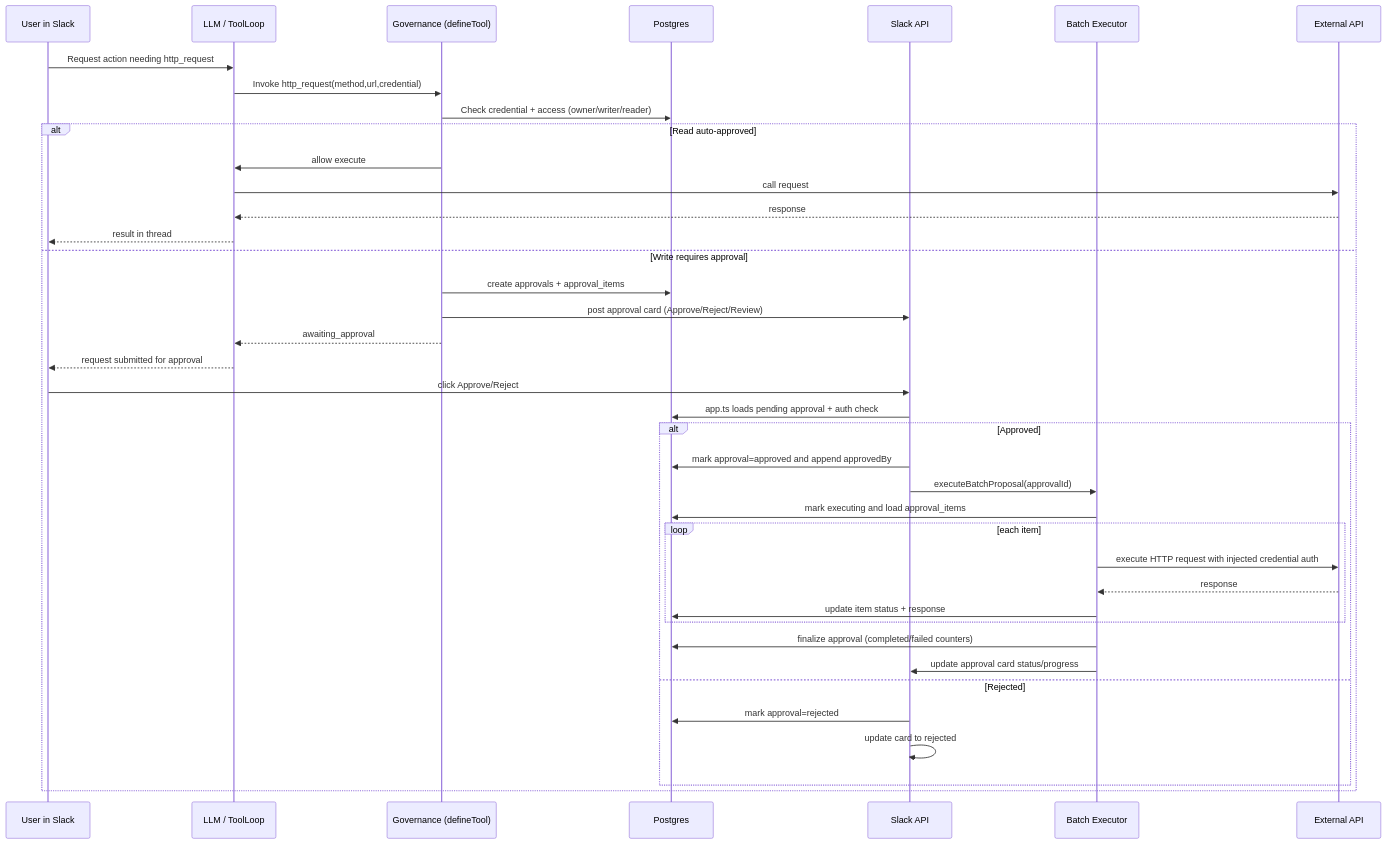
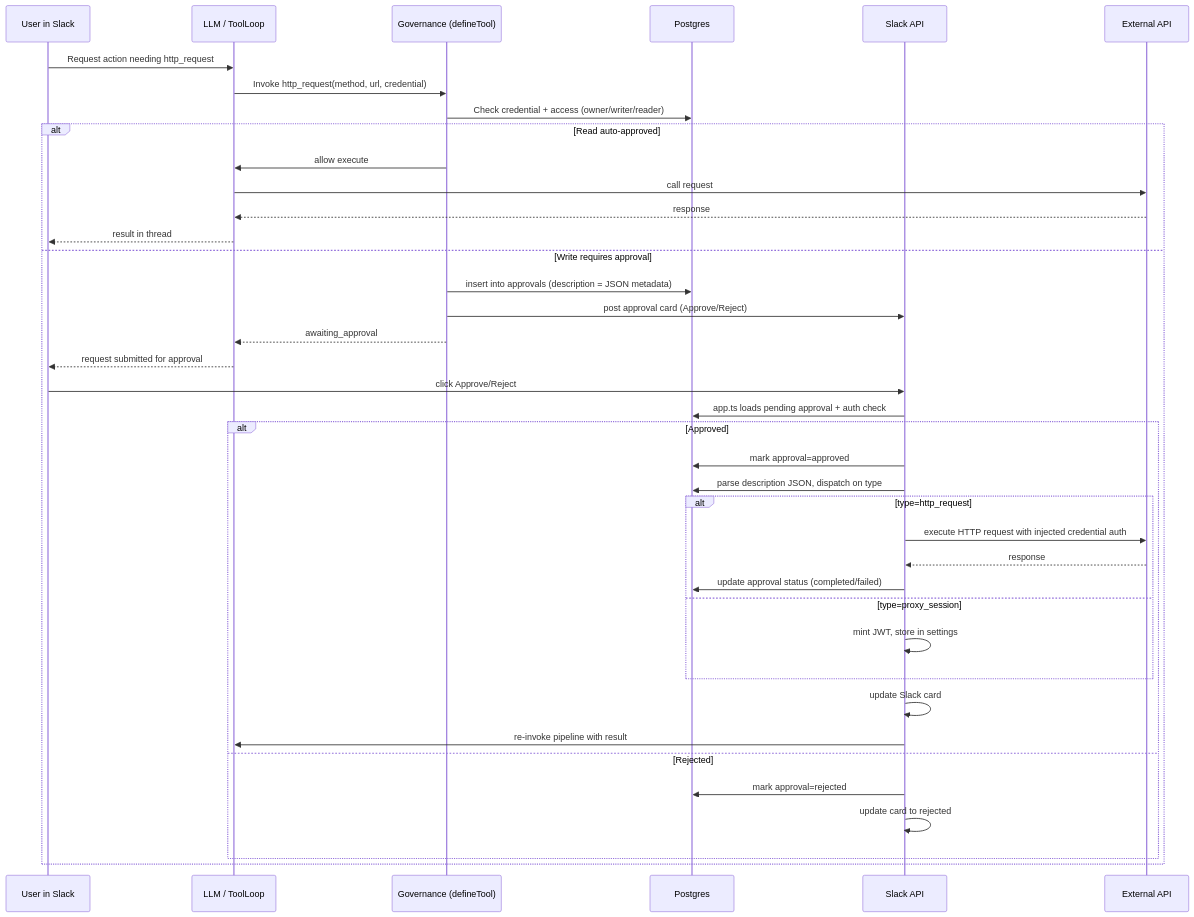
The diagram in HITL_IMPLEMENTATION.md (wieseljonas/nova), drawn with Mermaid before and after one commit. The commit also changed other lines of this file and 11 other files, not shown here.

First line of the commit message:
Implement credential proxy sessions for sandbox API access (#111)

````diff
--- a/HITL_IMPLEMENTATION.md
+++ b/HITL_IMPLEMENTATION.md
@@ -22,45 +26,45 @@
 ```mermaid
 sequenceDiagram
   participant U as User in Slack
   participant L as LLM / ToolLoop
   participant G as Governance (defineTool)
   participant DB as Postgres
   participant S as Slack API
-  participant E as Batch Executor
   participant API as External API
 
   U->>L: Request action needing http_request
-  L->>G: Invoke http_request(method,url,credential)
+  L->>G: Invoke http_request(method, url, credential)
   G->>DB: Check credential + access (owner/writer/reader)
 
   alt Read auto-approved
     G->>L: allow execute
     L->>API: call request
     API-->>L: response
     L-->>U: result in thread
   else Write requires approval
-    G->>DB: create approvals + approval_items
-    G->>S: post approval card (Approve/Reject/Review)
+    G->>DB: insert into approvals (description = JSON metadata)
+    G->>S: post approval card (Approve/Reject)
     G-->>L: awaiting_approval
     L-->>U: request submitted for approval
 
     U->>S: click Approve/Reject
     S->>DB: app.ts loads pending approval + auth check
 
     alt Approved
-      S->>DB: mark approval=approved and append approvedBy
-      S->>E: executeBatchProposal(approvalId)
-      E->>DB: mark executing and load approval_items
-      loop each item
-        E->>API: execute HTTP request with injected credential auth
-        API-->>E: response
-        E->>DB: update item status + response
+      S->>DB: mark approval=approved
+      S->>DB: parse description JSON, dispatch on type
+      alt type=http_request
+        S->>API: execute HTTP request with injected credential auth
+        API-->>S: response
+        S->>DB: update approval status (completed/failed)
+      else type=proxy_session
+        S->>S: mint JWT, store in settings
       end
-      E->>DB: finalize approval (completed/failed counters)
-      E->>S: update approval card status/progress
+      S->>S: update Slack card
+      S->>L: re-invoke pipeline with result
     else Rejected
       S->>DB: mark approval=rejected
       S->>S: update card to rejected
     end
   end
 ```
````
